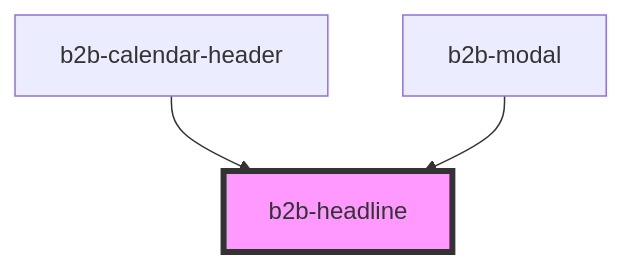
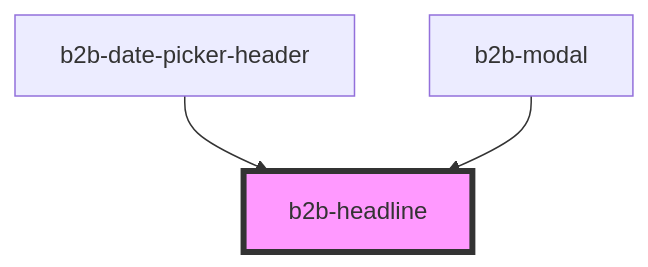
One commit to otto-de/b2b-design-system changed the diagram in packages/core-components/src/components/headline/readme.md. Above: the diagram before and after it, drawn with Mermaid. The commit also changed other lines of this file and 29 other files, not shown here.

Commit message:
docs(DatePicker): [BLA-988] Rename calendar to date picker

````diff
--- a/packages/core-components/src/components/headline/readme.md
+++ b/packages/core-components/src/components/headline/readme.md
@@ -30,6 +30,6 @@
 ```mermaid
 graph TD;
-  b2b-calendar-header --> b2b-headline
+  b2b-date-picker-header --> b2b-headline
   b2b-modal --> b2b-headline
   style b2b-headline fill:#f9f,stroke:#333,stroke-width:4px
 ```
````
